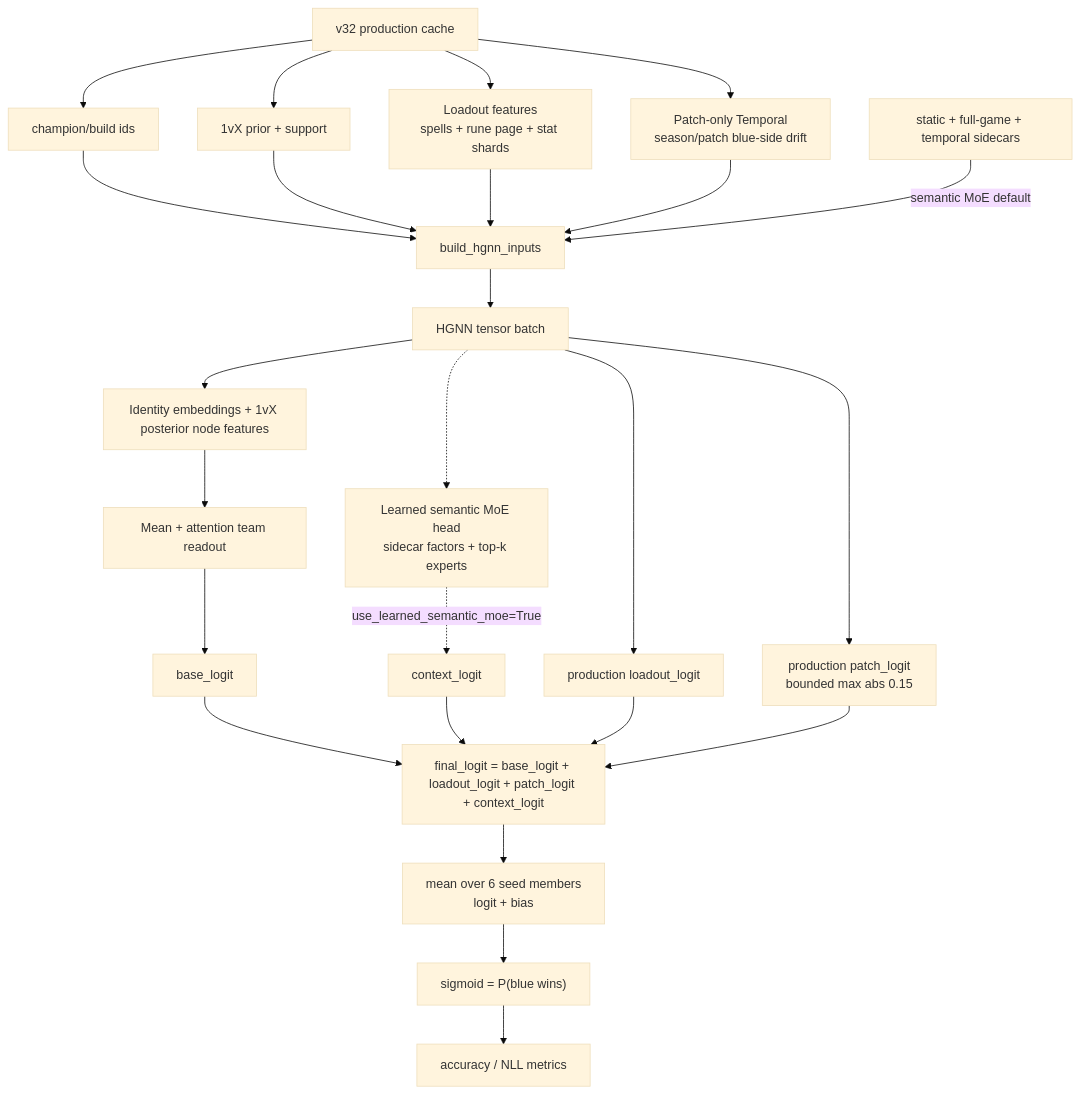
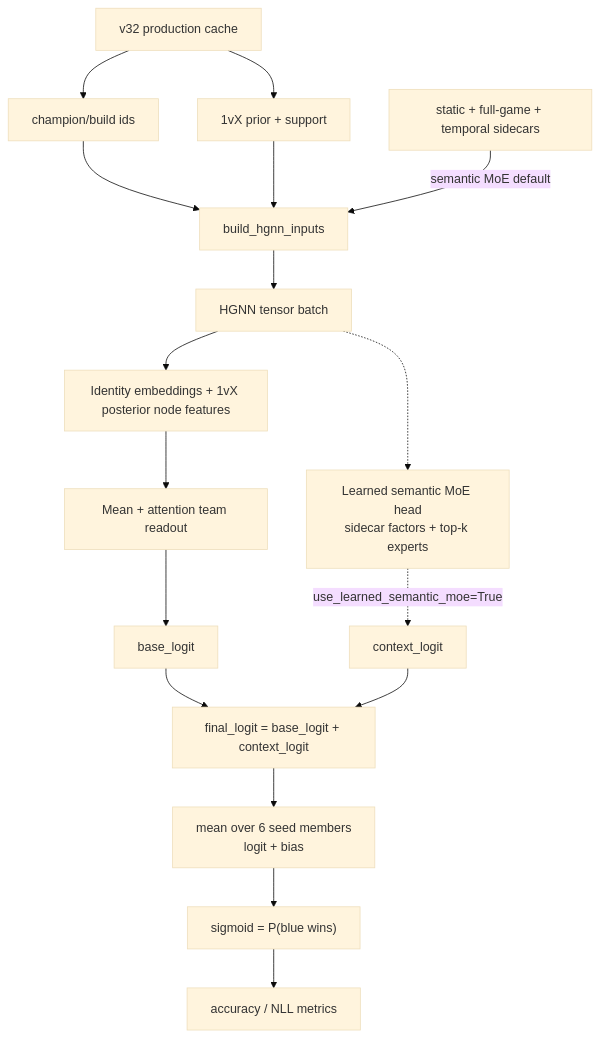
Before and after one commit to JackLGZimmerman/riot-api-ecosystem: the first of 2 diagrams in app/ml/documentation/HGNN_CURRENT.md, drawn with Mermaid (base theme). The commit also changed other lines of this file and 23 other files, not shown here.

First line of the commit message:
Remove summoner-spell/rune (loadout) and patch heads from HGNN win model

````diff
--- a/app/ml/documentation/HGNN_CURRENT.md
+++ b/app/ml/documentation/HGNN_CURRENT.md
@@ -153,29 +142,21 @@
 ```mermaid
 flowchart TD
     cache["v32 production cache"] --> ids["champion/build ids"]
     cache --> prior["1vX prior + support"]
-    cache --> loadout["Loadout features<br/>spells + rune page + stat shards"]
-    cache --> patch["Patch-only Temporal<br/>season/patch blue-side drift"]
 
     ids --> hgnn_inputs["build_hgnn_inputs"]
     prior --> hgnn_inputs
-    loadout --> hgnn_inputs
-    patch --> hgnn_inputs
     sidecars["static + full-game + temporal sidecars"] -->|semantic MoE default| hgnn_inputs
 
     hgnn_inputs --> tensor_batch["HGNN tensor batch"]
     tensor_batch --> nodes["Identity embeddings + 1vX posterior node features"]
-    tensor_batch --> loadout_logit["production loadout_logit"]
-    tensor_batch --> patch_logit["production patch_logit<br/>bounded max abs 0.15"]
     tensor_batch -.-> moe["Learned semantic MoE head<br/>sidecar factors + top-k experts"]
     nodes --> readout["Mean + attention team readout"]
     readout --> base["base_logit"]
     moe -.->|use_learned_semantic_moe=True| context_logit
-    base --> final["final_logit = base_logit + loadout_logit + patch_logit + context_logit"]
+    base --> final["final_logit = base_logit + context_logit"]
     context_logit --> final
-    loadout_logit --> final
-    patch_logit --> final
     final --> ensemble["mean over 6 seed members<br/>logit + bias"]
     ensemble --> prob["sigmoid = P(blue wins)"]
     prob --> metrics["accuracy / NLL metrics"]
 ```
````
